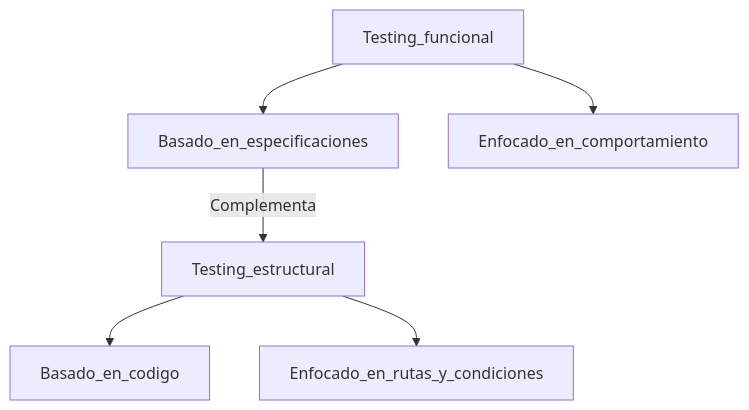
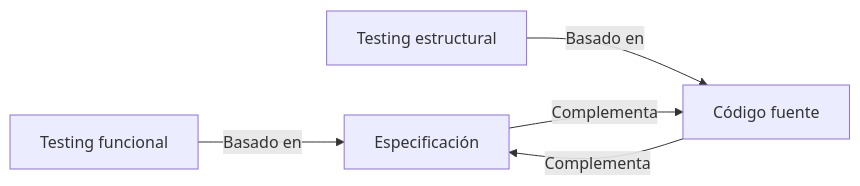
Before and after one commit to joshuacba08/qa-engineering-book: the second of 4 diagrams in parte2-tecnicas-clave/04-testing-estructural-y-cobertura.md, drawn with Mermaid. The commit also changed other lines of this file, not shown here.

Commit message:
Refactor Chapter 4: Enhance structural testing and code coverage content

````diff
--- a/parte2-tecnicas-clave/04-testing-estructural-y-cobertura.md
+++ b/parte2-tecnicas-clave/04-testing-estructural-y-cobertura.md
@@ -23,8 +71,7 @@
 ```mermaid
-graph TD
-    A[Testing_funcional] --> B[Basado_en_especificaciones]
-    A --> C[Enfocado_en_comportamiento]
-    D[Testing_estructural] --> E[Basado_en_codigo]
-    D --> F[Enfocado_en_rutas_y_condiciones]
+graph LR
+    A[Testing funcional] -->|Basado en| B[Especificación]
+    C[Testing estructural] -->|Basado en| D[Código fuente]
     B -->|Complementa| D
+    D -->|Complementa| B
 ```
````
